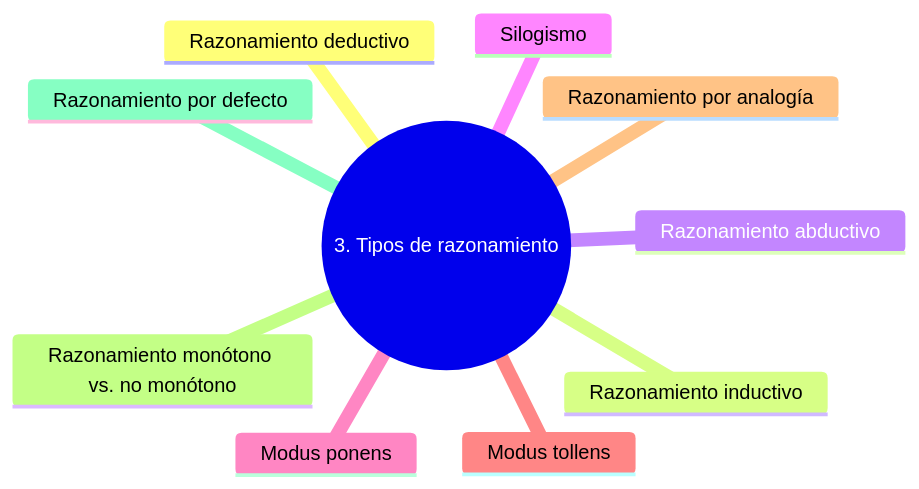
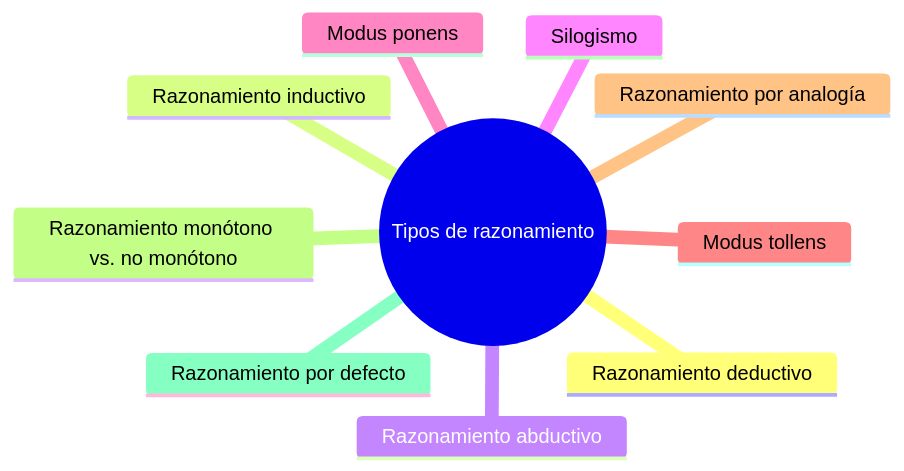
One commit to rgglez/rgglez-website changed the third of 17 diagrams in src/src/data/blog/2026/05/es/glosario-razonamiento-planificacion.mdx. Above: the diagram before and after it, drawn with Mermaid. The commit also changed other lines of this file and 42 other files, not shown here.

````diff
--- a/src/src/data/blog/2026/05/es/glosario-razonamiento-planificacion.mdx
+++ b/src/src/data/blog/2026/05/es/glosario-razonamiento-planificacion.mdx
@@ -388,13 +390,13 @@
 ```mermaid
 mindmap
-  root((3. Tipos de razonamiento))
+  root(("Tipos de razonamiento"))
     Razonamiento deductivo
     Razonamiento inductivo
     Razonamiento abductivo
     Silogismo
     Modus ponens
     Modus tollens
     Razonamiento por analogía
     Razonamiento monótono vs. no monótono
     Razonamiento por defecto
 ```
````
